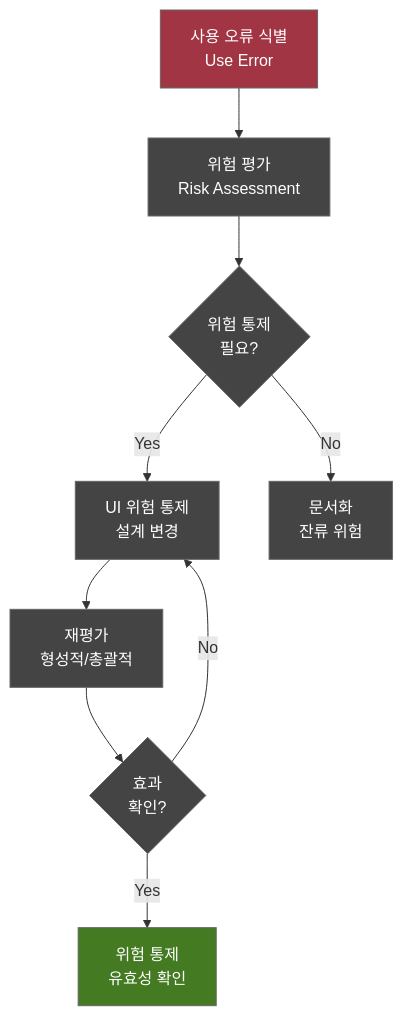
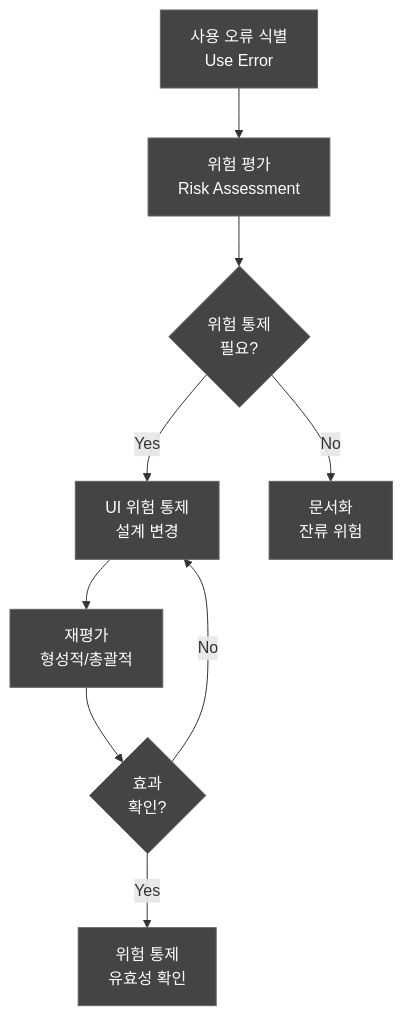
One commit to holee9/console-gui changed the seventh of 8 diagrams in docs/testing/DOC-021_UsabilityFile_v1.0.md. Above: the diagram before and after it, drawn with Mermaid. The commit also changed other lines of this file and 35 other files, not shown here.

First line of the commit message:
fix: 전체 Mermaid 차트 색상 진한 회색 통일

````diff
--- a/docs/testing/DOC-021_UsabilityFile_v1.0.md
+++ b/docs/testing/DOC-021_UsabilityFile_v1.0.md
@@ -469,15 +469,15 @@
 ```mermaid
 flowchart TD
     classDef default fill:#444,stroke:#666,color:#fff
     UE[사용 오류 식별<br/>Use Error] --> RA[위험 평가<br/>Risk Assessment]
     RA --> RC{위험 통제<br/>필요?}
     RC -->|Yes| UI_RC[UI 위험 통제<br/>설계 변경]
     RC -->|No| DOC[문서화<br/>잔류 위험]
     UI_RC --> RE_EVAL[재평가<br/>형성적/총괄적]
     RE_EVAL --> EFF{효과<br/>확인?}
     EFF -->|Yes| CLOSE[위험 통제<br/>유효성 확인]
     EFF -->|No| UI_RC
     
-    style UE fill:#A13544,color:#fff
-    style CLOSE fill:#437A22,color:#fff
+    style UE fill:#444,color:#fff
+    style CLOSE fill:#444,color:#fff
 ```
````
